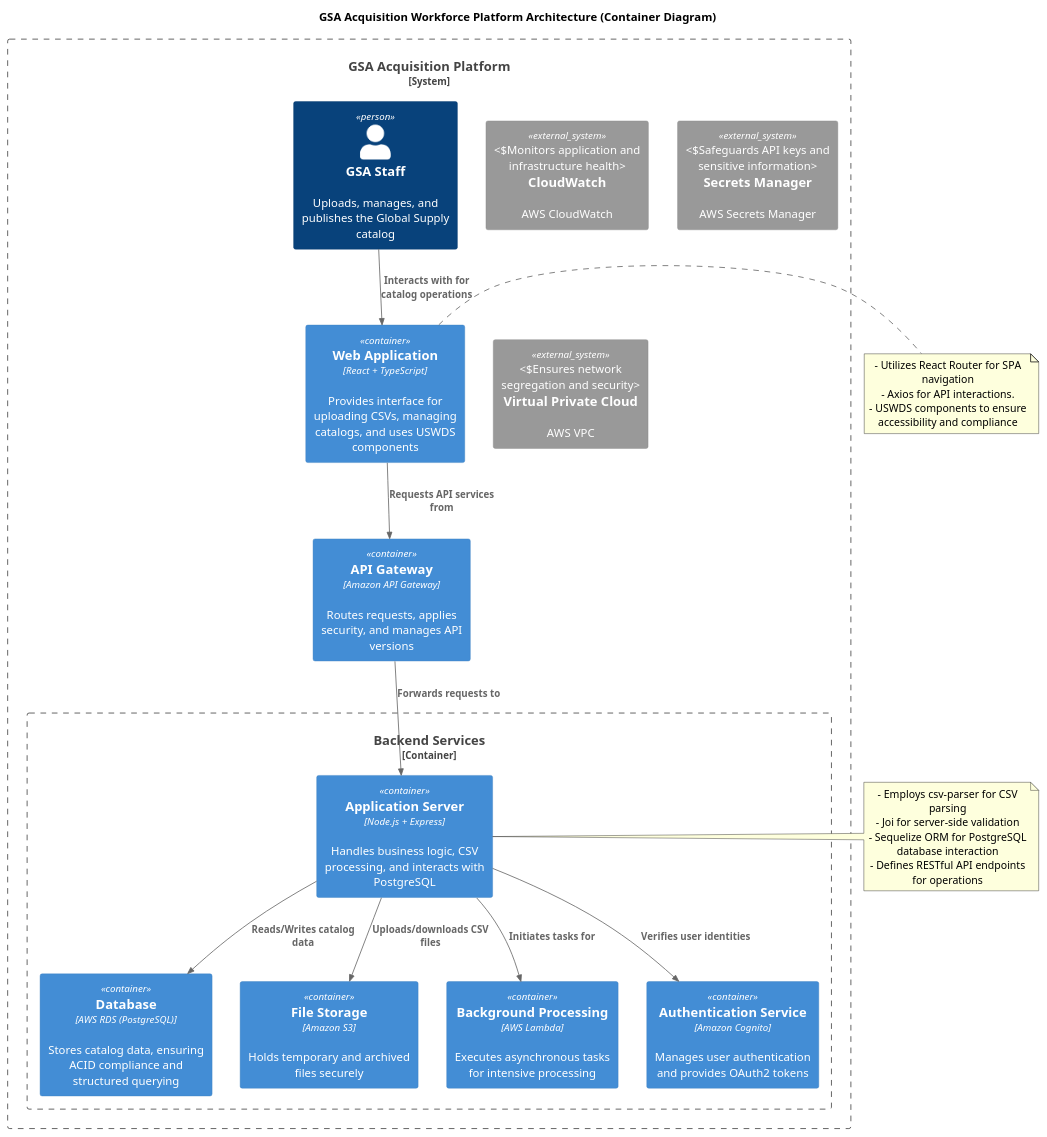
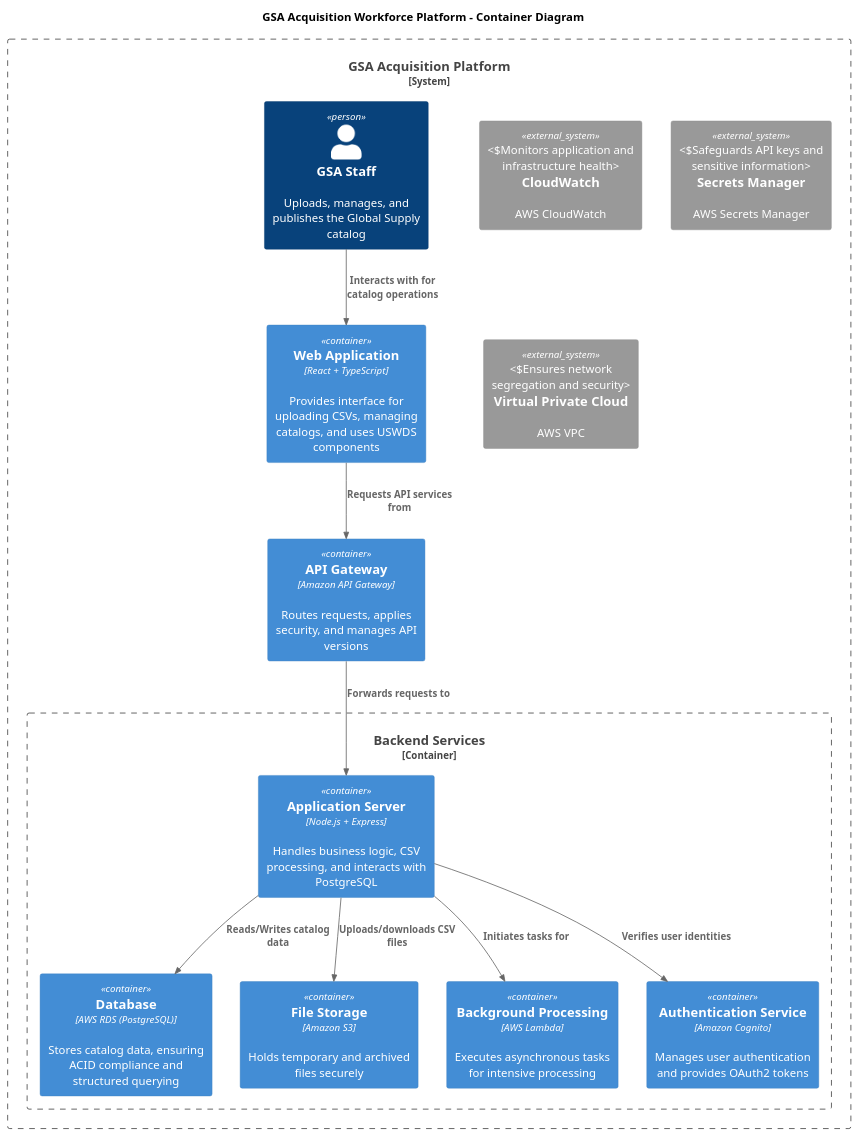
One commit to AathreyaG/reactai-starter changed the second of 3 diagrams in solution.md. Above: the diagram before and after it, drawn with PlantUML. The commit also changed other lines of this file, not shown here.

````diff
--- a/solution.md
+++ b/solution.md
@@ -70,57 +106,43 @@
 ```plantuml
 @startuml
 !includeurl https://raw.githubusercontent.com/plantuml-stdlib/C4-PlantUML/master/C4_Container.puml
 
-title GSA Acquisition Workforce Platform Architecture (Container Diagram)
+title GSA Acquisition Workforce Platform - Container Diagram
 
 System_Boundary(SD_Boundary, "GSA Acquisition Platform") {
     
     ' Users
     Person(user, "GSA Staff", "Uploads, manages, and publishes the Global Supply catalog")
 
     ' Frontend
     Container(webApp, "Web Application", "React + TypeScript", "Provides interface for uploading CSVs, managing catalogs, and uses USWDS components")
 
     ' API Gateway
     Container(apiGateway, "API Gateway", "Amazon API Gateway", "Routes requests, applies security, and manages API versions")
 
     ' Core Backend Services
     Container_Boundary(Backend, "Backend Services") {
         Container(appServer, "Application Server", "Node.js + Express", "Handles business logic, CSV processing, and interacts with PostgreSQL")
         Container(database, "Database", "AWS RDS (PostgreSQL)", "Stores catalog data, ensuring ACID compliance and structured querying")
         Container(fileStorage, "File Storage", "Amazon S3", "Holds temporary and archived files securely")
         Container(backgroundProcessing, "Background Processing", "AWS Lambda", "Executes asynchronous tasks for intensive processing")
         Container(authService, "Authentication Service", "Amazon Cognito", "Manages user authentication and provides OAuth2 tokens")
     }
 
     ' Monitoring and Security Services
     System_Ext(cloudwatch, "CloudWatch", "AWS CloudWatch", "Monitors application and infrastructure health")
     System_Ext(secretsManager, "Secrets Manager", "AWS Secrets Manager", "Safeguards API keys and sensitive information")
     System_Ext(vpc, "Virtual Private Cloud", "AWS VPC", "Ensures network segregation and security")
     
     ' Relationships and Flows
     Rel(user, webApp, "Interacts with for catalog operations")
     Rel(webApp, apiGateway, "Requests API services from")
     Rel(apiGateway, appServer, "Forwards requests to")
     Rel(appServer, database, "Reads/Writes catalog data")
     Rel(appServer, fileStorage, "Uploads/downloads CSV files")
     Rel(appServer, backgroundProcessing, "Initiates tasks for")
     Rel(appServer, authService, "Verifies user identities")
 }
 
-' Notes for additional context
-note right of webApp
-- Utilizes React Router for SPA navigation
-- Axios for API interactions.
-- USWDS components to ensure accessibility and compliance
-end note
-
-note right of appServer
-- Employs csv-parser for CSV parsing
-- Joi for server-side validation
-- Sequelize ORM for PostgreSQL database interaction
-- Defines RESTful API endpoints for operations
-end note
-
 @enduml
 ```
````
